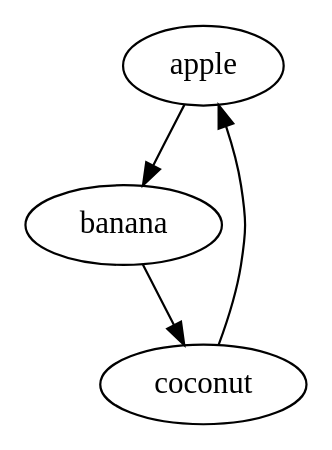
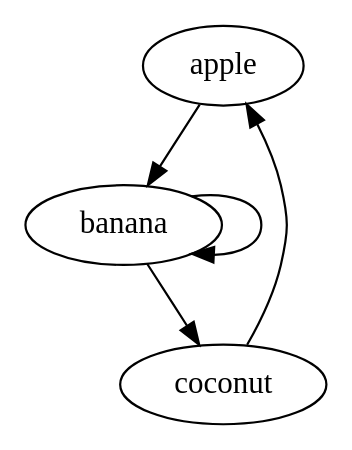
One commit to itsJohnny21/CSE-464-2024-jsalaz59 changed the diagram in src/main/resources/graph1.dot. Above: the diagram before and after it, drawn with Graphviz.

Commit message:
DOT parser provided by JGraphT does not properly parse lists of nodes, such as "{a, b, c}". To fix this, each edge from node "a" to "b" is stated explicitly.

```diff
--- a/src/main/resources/graph1.dot
+++ b/src/main/resources/graph1.dot
@@ -1,9 +1,10 @@
 digraph G {
     a [label="apple"];
     b [label="banana"];
     c [label="coconut"];
 
     a -> b;
-    b -> {c};
+    b -> b;
+    b -> c;
     c -> a;
 }
```
